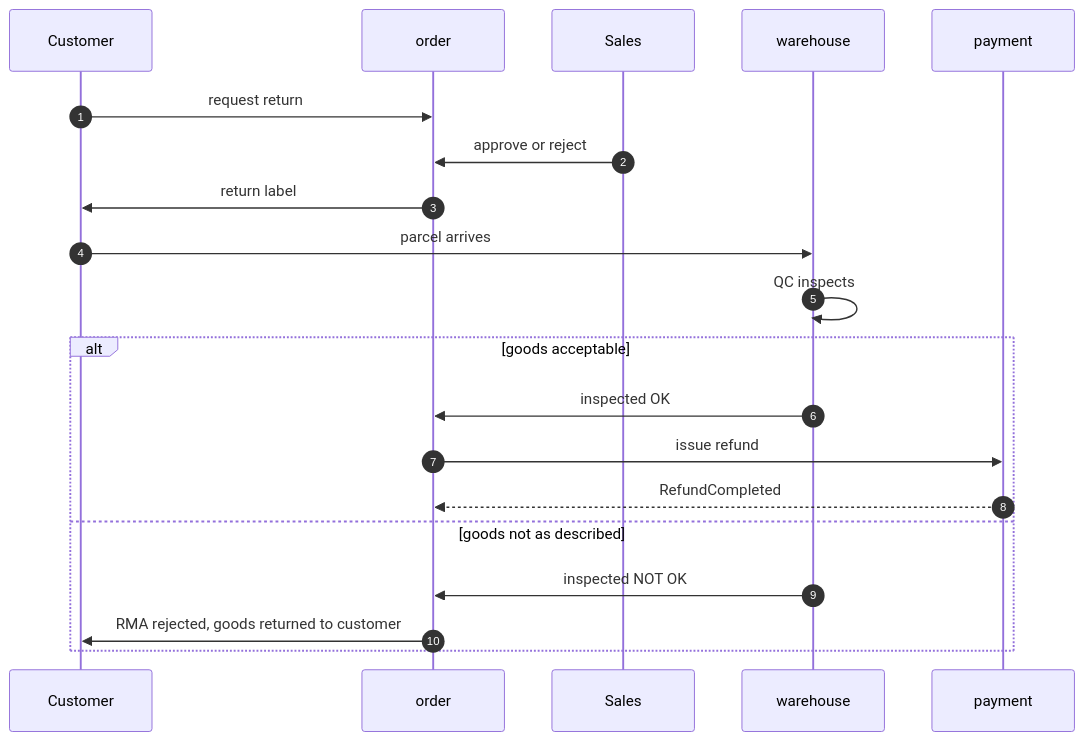
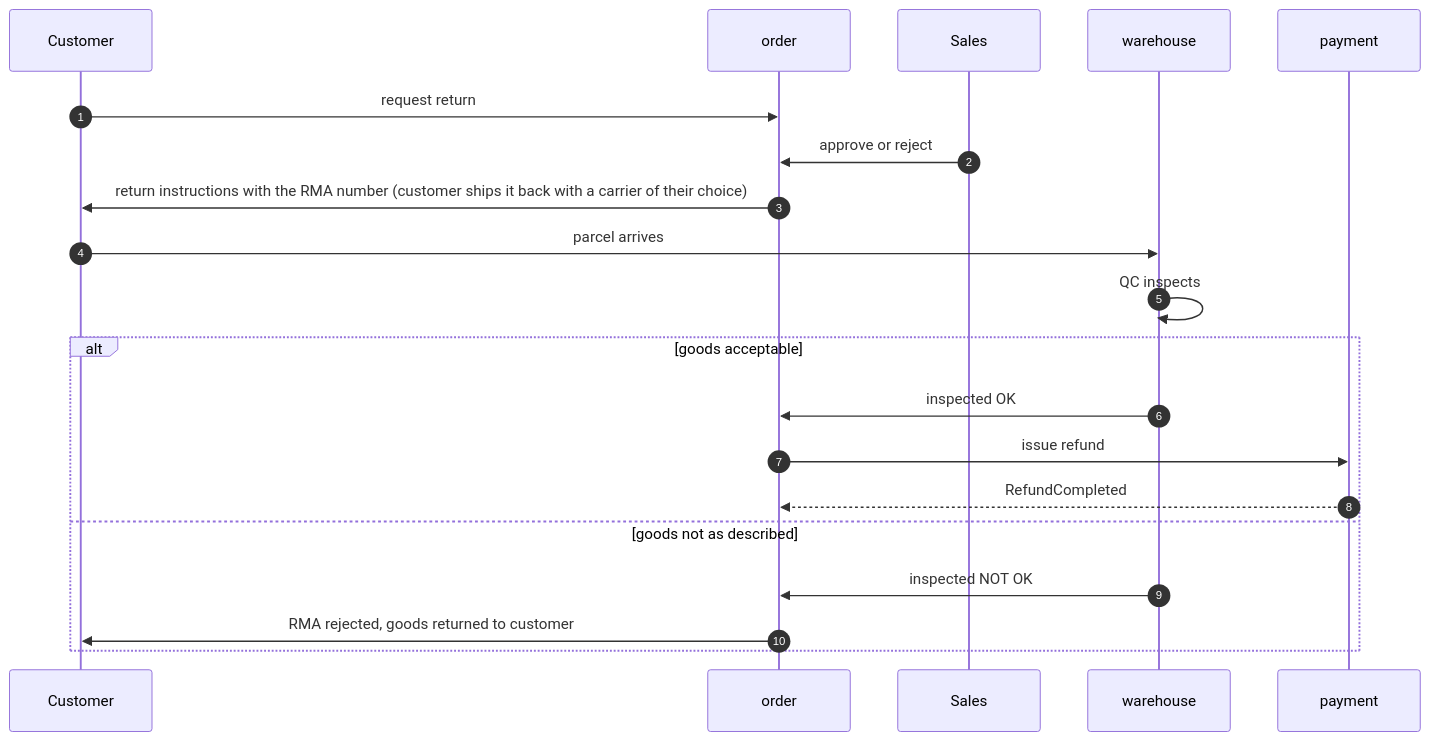
Before and after one commit to KLTN-FA26/be-backoffice-stockflow-commerce: the fourth of 4 diagrams in docs/business-design/04-data-flows.md, drawn with Mermaid. The commit also changed other lines of this file and 14 other files, not shown here.

First line of the commit message:
docs: B2B-only scope, printed cups & packaging, production and subcontracting flows (SCRUM-421)

````diff
--- a/docs/business-design/04-data-flows.md
+++ b/docs/business-design/04-data-flows.md
@@ -206,23 +206,23 @@
 ```mermaid
 sequenceDiagram
     autonumber
     participant C as Customer
     participant O as order
     participant S as Sales
     participant W as warehouse
     participant Y as payment
 
     C->>O: request return
     S->>O: approve or reject
-    O->>C: return label
+    O->>C: return instructions with the RMA number (customer ships it back with a carrier of their choice)
     C->>W: parcel arrives
     W->>W: QC inspects
     alt goods acceptable
         W->>O: inspected OK
         O->>Y: issue refund
         Y-->>O: RefundCompleted
     else goods not as described
         W->>O: inspected NOT OK
         O->>C: RMA rejected, goods returned to customer
     end
 ```
````
